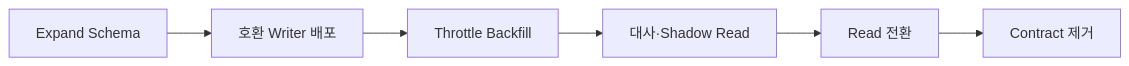
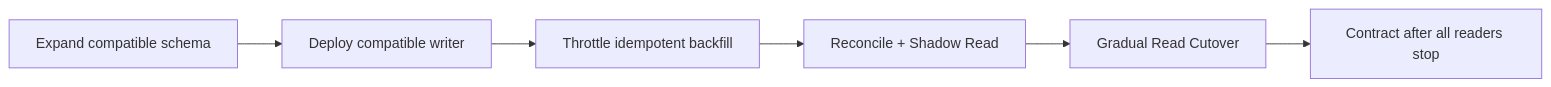
Before and after one commit to hyeongseoblim/systemdesign: the diagram in apps/api/src/main/resources/content/database-12-zero-downtime-migration.md, drawn with Mermaid. The commit also changed other lines of this file and 96 other files, not shown here.

````diff
--- a/apps/api/src/main/resources/content/database-12-zero-downtime-migration.md
+++ b/apps/api/src/main/resources/content/database-12-zero-downtime-migration.md
@@ -24,8 +29,8 @@
 ```mermaid
 flowchart LR
-    E[Expand Schema] --> W[호환 Writer 배포]
-    W --> B[Throttle Backfill]
-    B --> V[대사·Shadow Read]
-    V --> R[Read 전환]
-    R --> C[Contract 제거]
+    E[Expand compatible schema] --> W[Deploy compatible writer]
+    W --> B[Throttle idempotent backfill]
+    B --> V[Reconcile + Shadow Read]
+    V --> R[Gradual Read Cutover]
+    R --> C[Contract after all readers stop]
 ```
````
